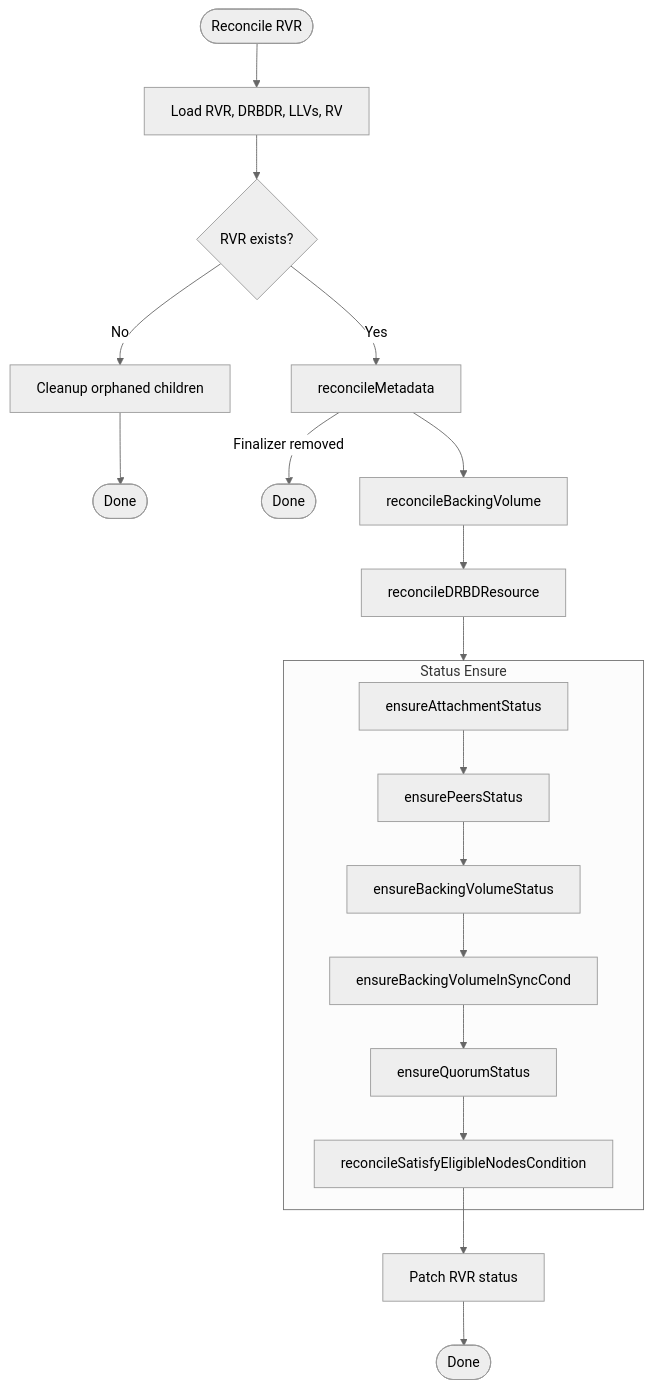
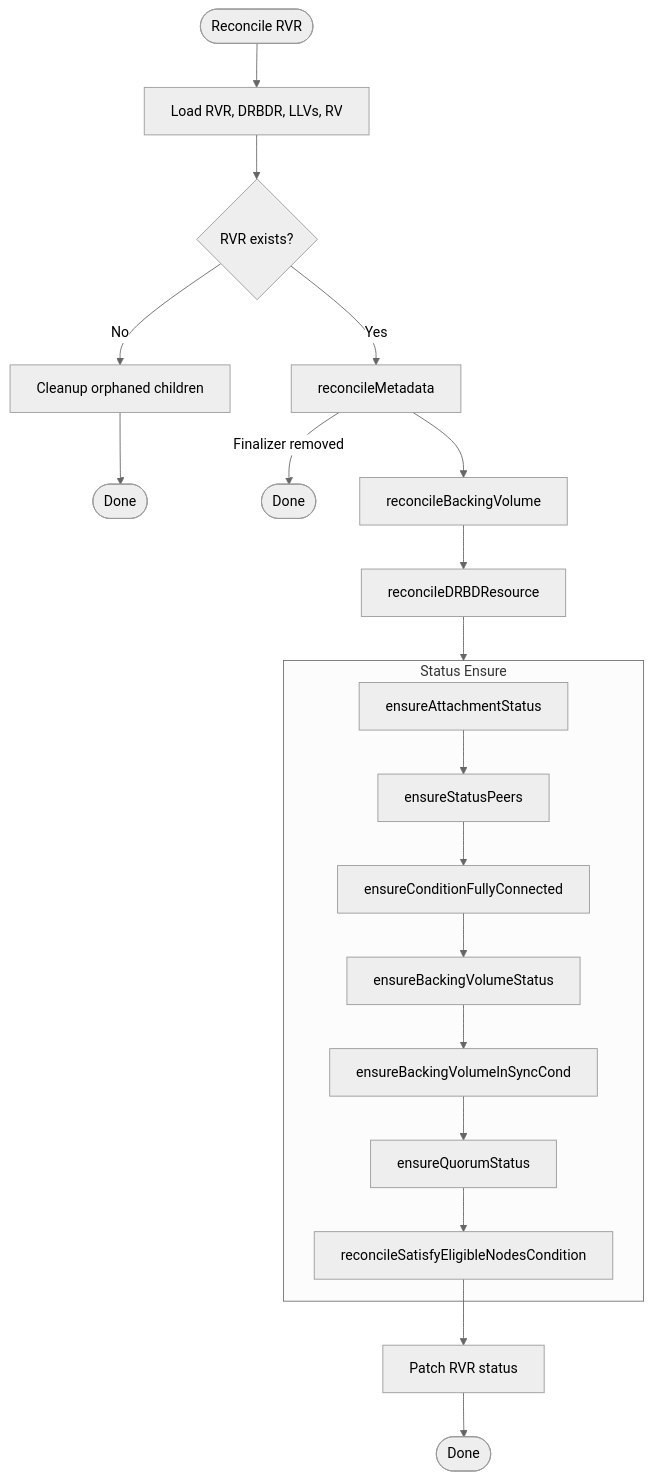
One commit to deckhouse/sds-replicated-volume changed the first of 11 diagrams in images/controller/internal/controllers/rvr_controller/README.md. Above: the diagram before and after it, drawn with Mermaid (neutral theme). The commit also changed other lines of this file and 4 other files, not shown here.

First line of the commit message:
[controller] Make RVR status.peers reflect pure observed state from DRBDR

````diff
--- a/images/controller/internal/controllers/rvr_controller/README.md
+++ b/images/controller/internal/controllers/rvr_controller/README.md
@@ -116,27 +117,28 @@
 ```mermaid
 flowchart TD
     Start([Reconcile RVR]) --> Load[Load RVR, DRBDR, LLVs, RV]
     Load --> CheckExists{RVR exists?}
 
     CheckExists -->|No| Cleanup[Cleanup orphaned children]
     Cleanup --> Done1([Done])
 
     CheckExists -->|Yes| Meta[reconcileMetadata]
     Meta -->|Finalizer removed| Done2([Done])
     Meta --> BV[reconcileBackingVolume]
     BV --> DRBDR[reconcileDRBDResource]
 
     DRBDR --> StatusBlock
 
     subgraph StatusBlock [Status Ensure]
         Attach[ensureAttachmentStatus]
-        Attach --> Peers[ensurePeersStatus]
-        Peers --> BVStatus[ensureBackingVolumeStatus]
+        Attach --> Peers[ensureStatusPeers]
+        Peers --> PeersCond[ensureConditionFullyConnected]
+        PeersCond --> BVStatus[ensureBackingVolumeStatus]
         BVStatus --> BVInSync[ensureBackingVolumeInSyncCond]
         BVInSync --> Quorum[ensureQuorumStatus]
         Quorum --> SEN[reconcileSatisfyEligibleNodesCondition]
     end
 
     SEN --> Patch[Patch RVR status]
     Patch --> EndNode([Done])
 ```
````
